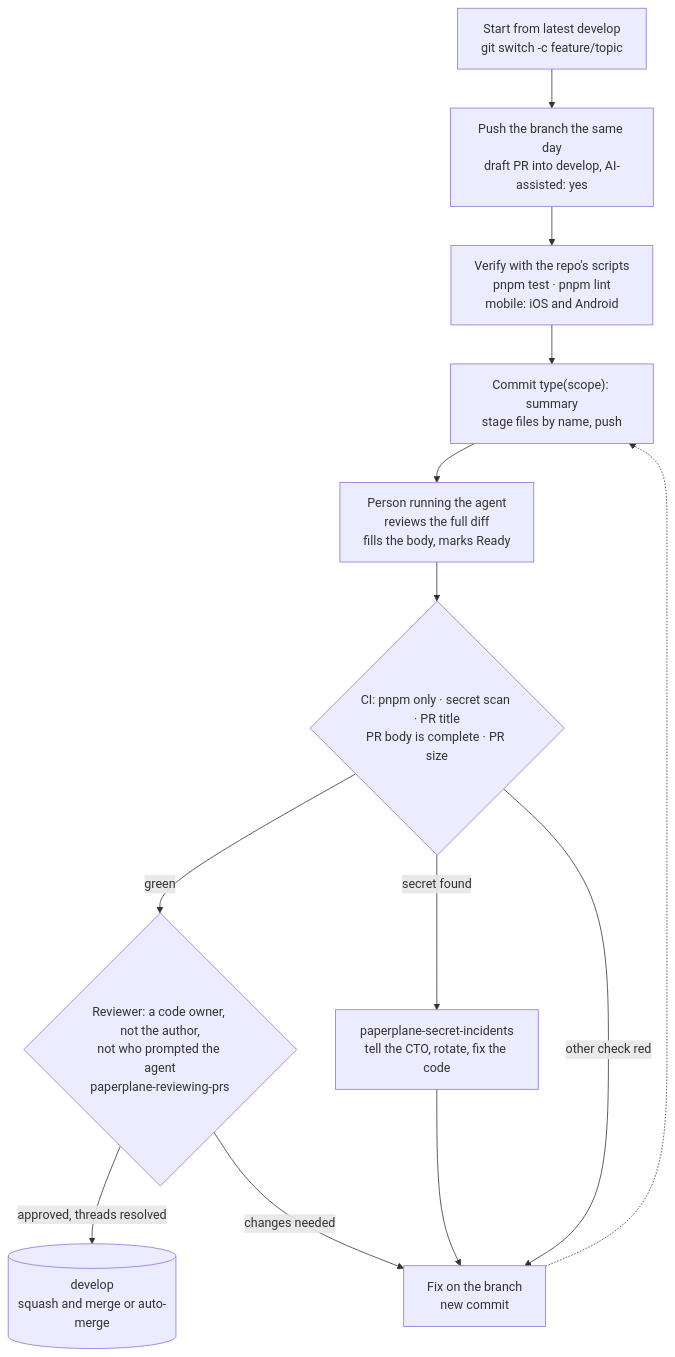
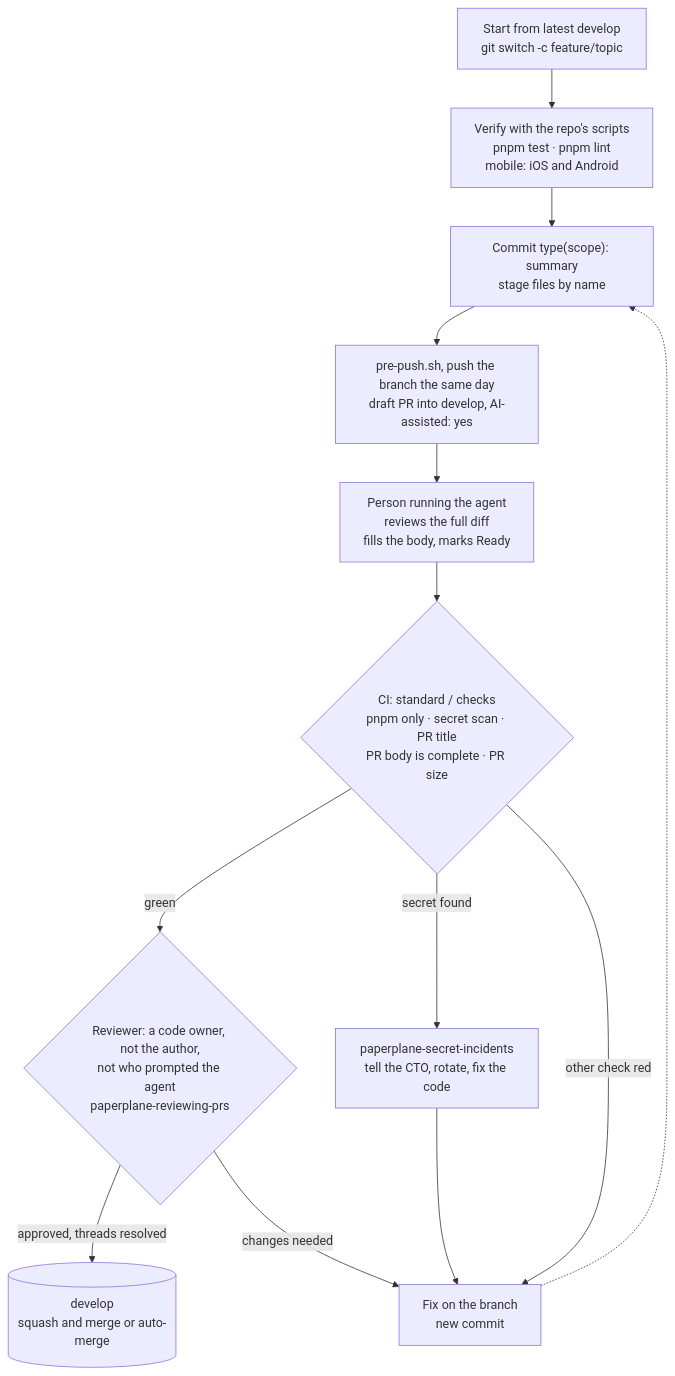
Before and after one commit to Jacob-Valor/paperplane-engineering-workflow-skills: the first of 2 diagrams in README.md, drawn with Mermaid. The commit also changed other lines of this file and 9 other files, not shown here.

````diff
--- a/README.md
+++ b/README.md
@@ -77,15 +78,15 @@
 ```mermaid
 flowchart TD
-  A["Start from latest develop<br/>git switch -c feature/topic"] --> F["Push the branch the same day<br/>draft PR into develop, AI-assisted: yes"]
-  F --> B["Verify with the repo's scripts<br/>pnpm test · pnpm lint<br/>mobile: iOS and Android"]
-  B --> C["Commit type(scope): summary<br/>stage files by name, push"]
-  C --> E["Person running the agent<br/>reviews the full diff<br/>fills the body, marks Ready"]
-  E --> G{"CI: pnpm only · secret scan · PR title<br/>PR body is complete · PR size"}
+  A["Start from latest develop<br/>git switch -c feature/topic"] --> B["Verify with the repo's scripts<br/>pnpm test · pnpm lint<br/>mobile: iOS and Android"]
+  B --> C["Commit type(scope): summary<br/>stage files by name"]
+  C --> F["pre-push.sh, push the branch the same day<br/>draft PR into develop, AI-assisted: yes"]
+  F --> E["Person running the agent<br/>reviews the full diff<br/>fills the body, marks Ready"]
+  E --> G{"CI: standard / checks<br/>pnpm only · secret scan · PR title<br/>PR body is complete · PR size"}
   G -->|"green"| R{"Reviewer: a code owner, not the author,<br/>not who prompted the agent<br/>paperplane-reviewing-prs"}
   R -->|"approved, threads resolved"| D[("develop<br/>squash and merge or auto-merge")]
   G -->|"secret found"| S["paperplane-secret-incidents<br/>tell the CTO, rotate, fix the code"]
   G -->|"other check red"| X["Fix on the branch<br/>new commit"]
   R -->|"changes needed"| X
   S --> X
   X -.-> C
 ```
````
